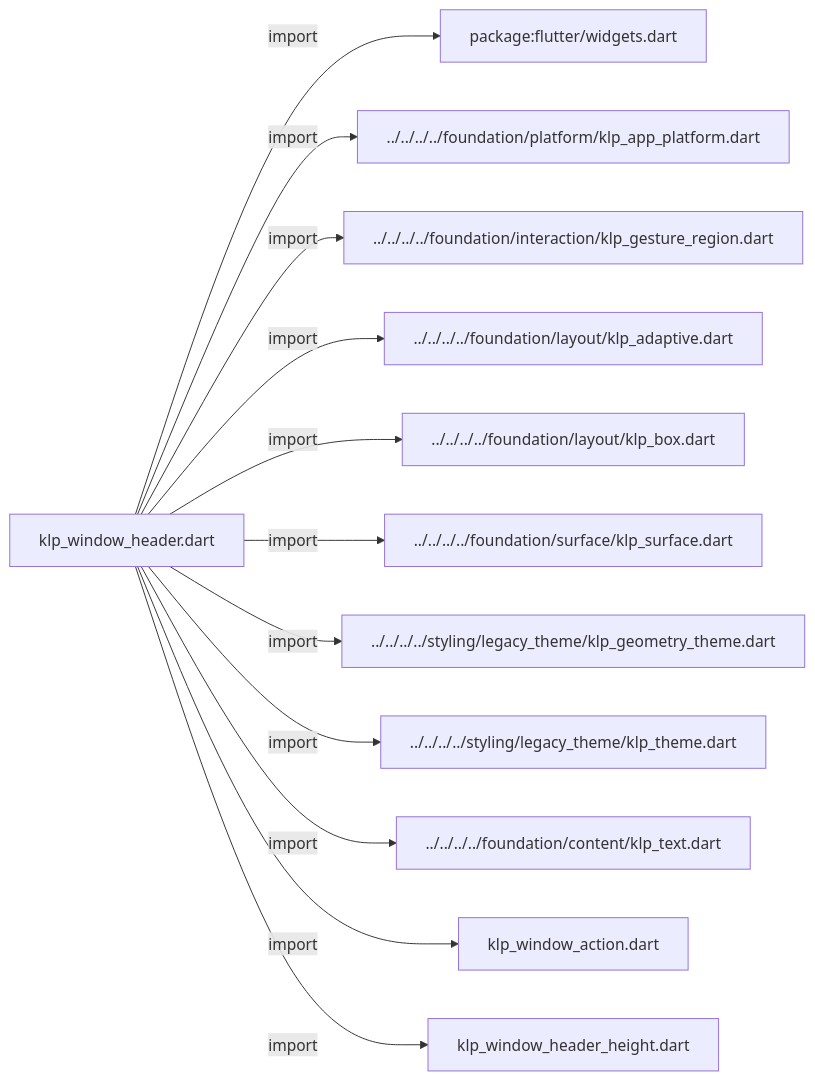
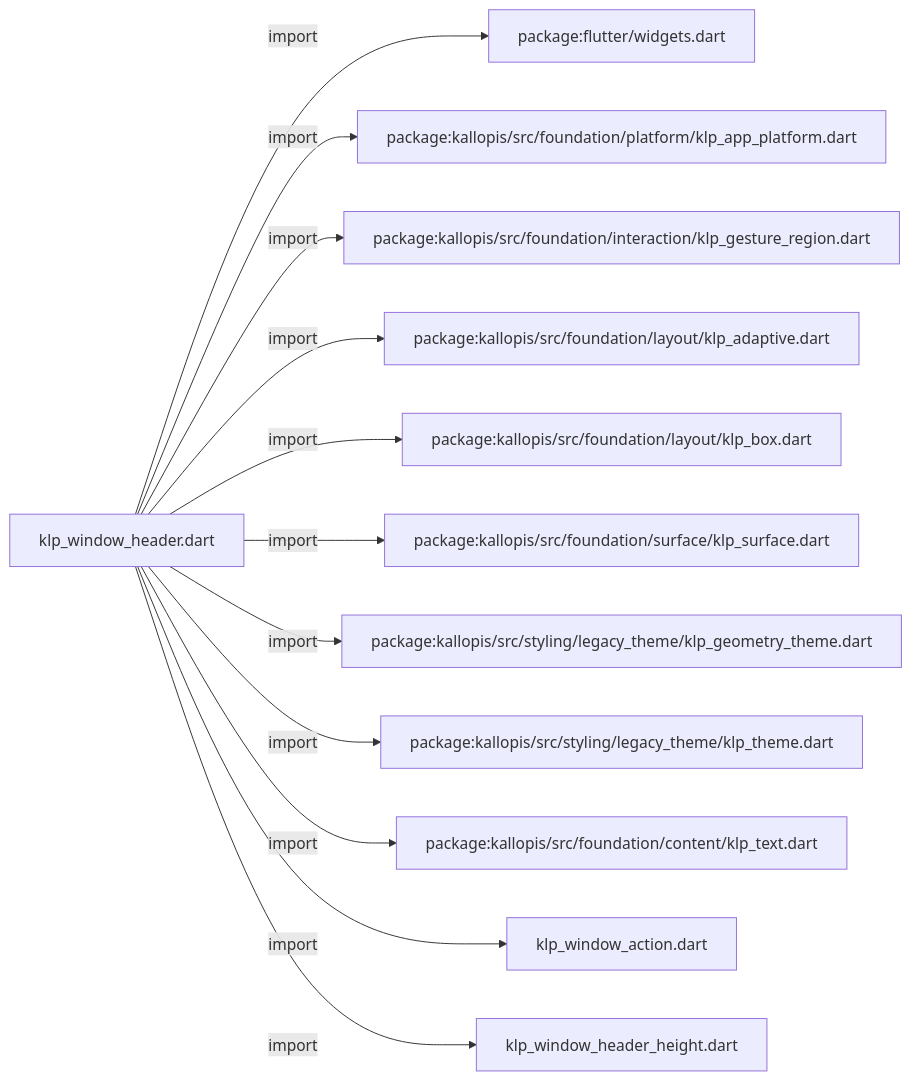
The first of 4 diagrams in docs/architecture/src/features/workspace/shell/window/klp_window_header.md (MiuDog/Kallopis), drawn with Mermaid before and after one commit. The commit also changed other lines of this file and 9688 other files, not shown here.

Commit message:
Prepare isolated Flow F2 peer baseline

````diff
--- a/docs/architecture/src/features/workspace/shell/window/klp_window_header.md
+++ b/docs/architecture/src/features/workspace/shell/window/klp_window_header.md
@@ -11,26 +11,26 @@
 ```mermaid
 flowchart LR
 	n0["klp_window_header.dart"]
 	n1["package:flutter/widgets.dart"]
-	n2["../../../../foundation/platform/klp_app_platform.dart"]
-	n3["../../../../foundation/interaction/klp_gesture_region.dart"]
-	n4["../../../../foundation/layout/klp_adaptive.dart"]
-	n5["../../../../foundation/layout/klp_box.dart"]
-	n6["../../../../foundation/surface/klp_surface.dart"]
-	n7["../../../../styling/legacy_theme/klp_geometry_theme.dart"]
-	n8["../../../../styling/legacy_theme/klp_theme.dart"]
-	n9["../../../../foundation/content/klp_text.dart"]
+	n2["package:kallopis/src/foundation/platform/klp_app_platform.dart"]
+	n3["package:kallopis/src/foundation/interaction/klp_gesture_region.dart"]
+	n4["package:kallopis/src/foundation/layout/klp_adaptive.dart"]
+	n5["package:kallopis/src/foundation/layout/klp_box.dart"]
+	n6["package:kallopis/src/foundation/surface/klp_surface.dart"]
+	n7["package:kallopis/src/styling/legacy_theme/klp_geometry_theme.dart"]
+	n8["package:kallopis/src/styling/legacy_theme/klp_theme.dart"]
+	n9["package:kallopis/src/foundation/content/klp_text.dart"]
 	n10["klp_window_action.dart"]
 	n11["klp_window_header_height.dart"]
 	n0 -->|"import"| n1
 	n0 -->|"import"| n2
 	n0 -->|"import"| n3
 	n0 -->|"import"| n4
 	n0 -->|"import"| n5
 	n0 -->|"import"| n6
 	n0 -->|"import"| n7
 	n0 -->|"import"| n8
 	n0 -->|"import"| n9
 	n0 -->|"import"| n10
 	n0 -->|"import"| n11
 ```
````
